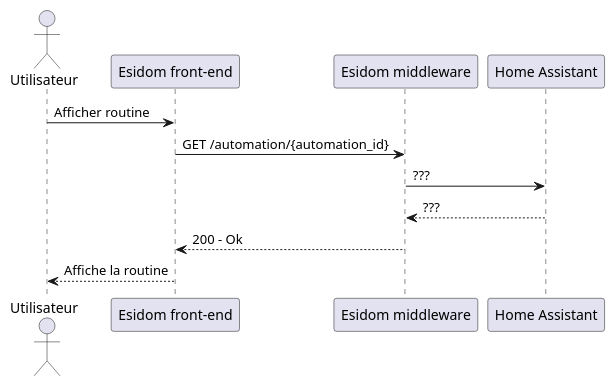
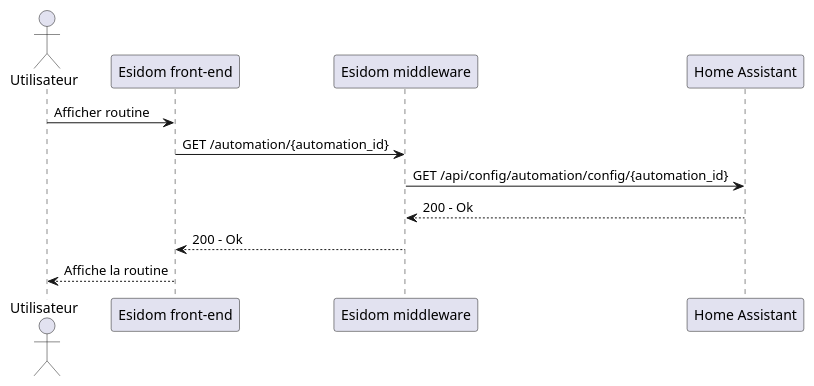
Before and after one commit to SKAVALT-io/esidom_doc: the diagram in cdct/diagramme_de_sequence/plantuml/afficher_routine.puml, drawn with PlantUML. The commit also changed 7 other files, not shown here.

Commit message:
docs(cdct): update sequence diagram

```diff
--- a/cdct/diagramme_de_sequence/plantuml/afficher_routine.puml
+++ b/cdct/diagramme_de_sequence/plantuml/afficher_routine.puml
@@ -1,15 +1,15 @@
 @startuml afficher routine
 
 actor "Utilisateur" as u
 participant "Esidom front-end" as fe
 participant "Esidom middleware" as m
 participant "Home Assistant" as ha
 
 u -> fe: Afficher routine
 fe -> m: GET /automation/{automation_id}
-m -> ha: ???
-ha --> m: ???
+m -> ha: GET /api/config/automation/config/{automation_id}
+ha --> m: 200 - Ok
 m --> fe: 200 - Ok
 fe --> u: Affiche la routine
 
 @enduml
```
